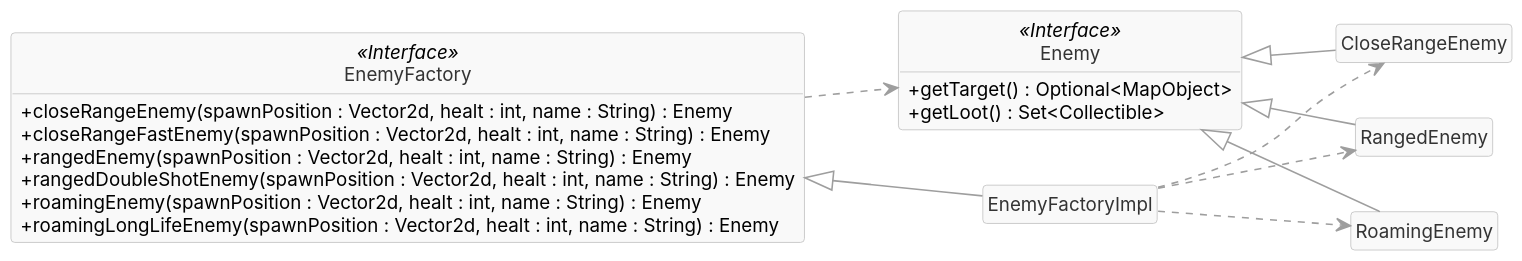
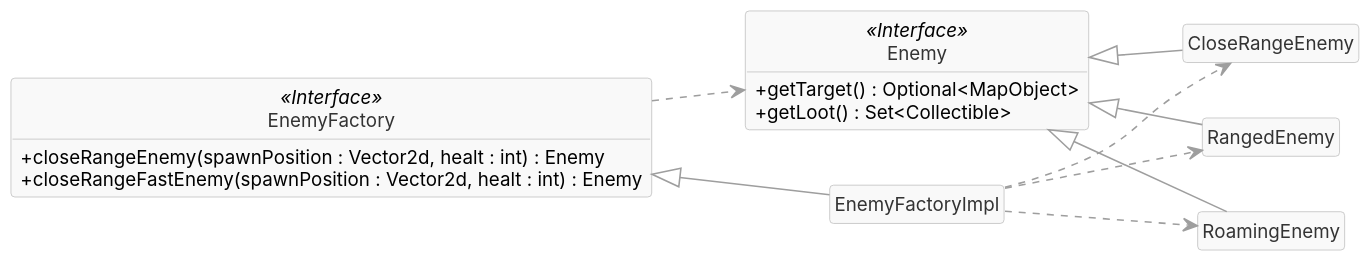
One commit to GiocoMatto/OOP25-wildenc changed the diagram in report/uml/FactoryEnemy.puml. Above: the diagram before and after it, drawn with PlantUML. The commit also changed 7 other files, not shown here.

```diff
--- a/report/uml/FactoryEnemy.puml
+++ b/report/uml/FactoryEnemy.puml
@@ -1,70 +1,66 @@
 @startuml FactoryEnemy
 
 ' =========================
 '  Style
 ' =========================
 
 left to right direction
 
 skinparam shadowing false
 skinparam roundcorner 5
 skinparam dpi 150
 
 skinparam DefaultFontName "Inter"
 skinparam DefaultFontSize 12
 skinparam classAttributeIconSize 0
 
 skinparam class {
   BackgroundColor #F9F9F9
   BorderColor #BFBFBF
   FontColor #333333
 }
 
 skinparam Arrow {
   Color #9E9E9E
   Thickness 1
 }
 
 hide circle
 hide empty members
 
 ' =========================
 '  Classes
 ' =========================
 
 class EnemyFactory <<Interface>> {
-  +closeRangeEnemy(spawnPosition : Vector2d, healt : int, name : String) : Enemy
-  +closeRangeFastEnemy(spawnPosition : Vector2d, healt : int, name : String) : Enemy
-  +rangedEnemy(spawnPosition : Vector2d, healt : int, name : String) : Enemy
-  +rangedDoubleShotEnemy(spawnPosition : Vector2d, healt : int, name : String) : Enemy
-  +roamingEnemy(spawnPosition : Vector2d, healt : int, name : String) : Enemy
-  +roamingLongLifeEnemy(spawnPosition : Vector2d, healt : int, name : String) : Enemy
+  +closeRangeEnemy(spawnPosition : Vector2d, healt : int) : Enemy
+  +closeRangeFastEnemy(spawnPosition : Vector2d, healt : int) : Enemy
 }
 
 class Enemy <<Interface>> {
     +getTarget() : Optional<MapObject>
     +getLoot() : Set<Collectible>
 }
 
 class EnemyFactoryImpl {
 
 }
 
 class CloseRangeEnemy { }
 class RangedEnemy { }
 class RoamingEnemy { }
 
 ' =========================
 '  Relations
 ' =========================
 
 EnemyFactory <|-- EnemyFactoryImpl
 Enemy <|-- CloseRangeEnemy
 Enemy <|-- RangedEnemy
 Enemy <|-- RoamingEnemy
 EnemyFactory ..> Enemy
 EnemyFactoryImpl ..> CloseRangeEnemy
 EnemyFactoryImpl ..> RangedEnemy
 EnemyFactoryImpl ..> RoamingEnemy
 
 @enduml
```
